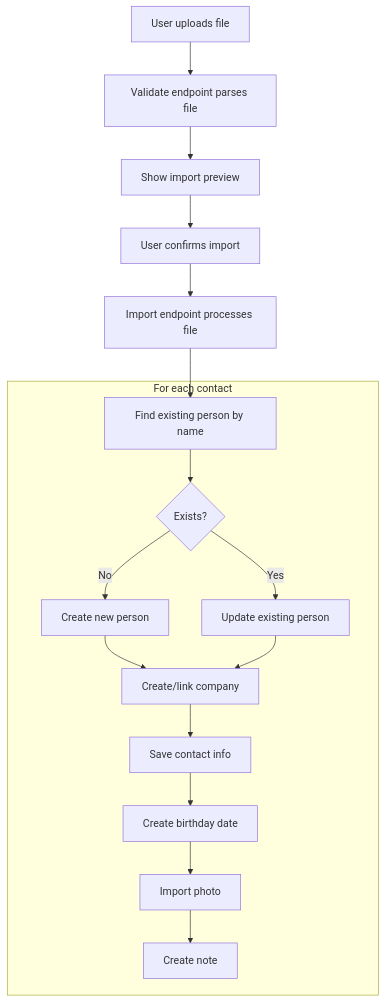
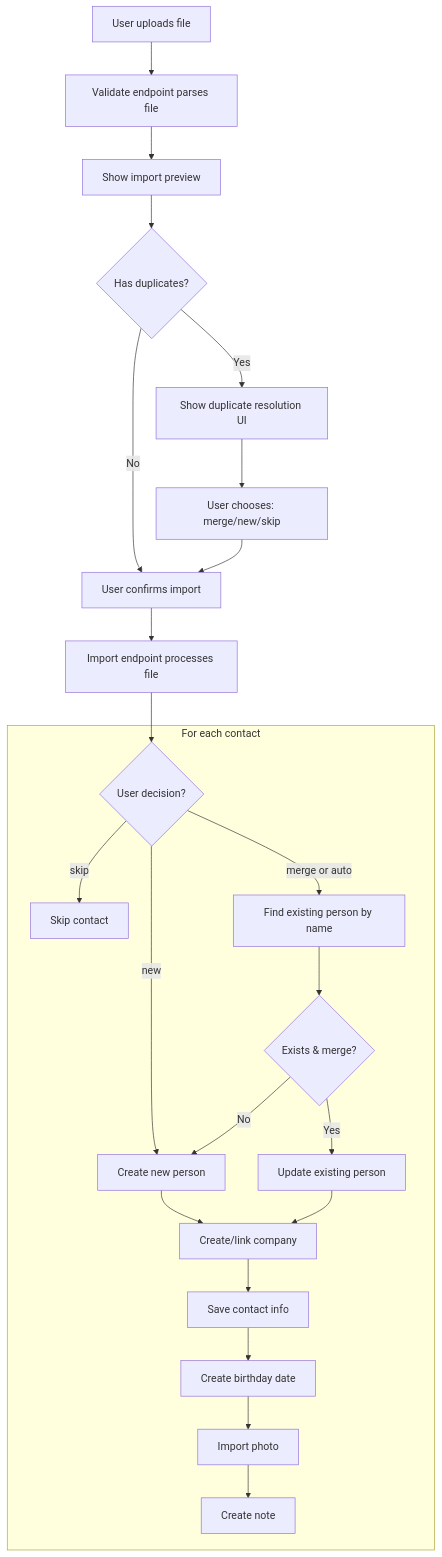
The diagram in docs/import.md (RondoHQ/rondo-club), drawn with Mermaid before and after one commit. The commit also changed other lines of this file and 11 other files, not shown here.

````diff
--- a/docs/import.md
+++ b/docs/import.md
@@ -169,35 +226,47 @@
 ```mermaid
 flowchart TD
     User[User uploads file]
     Validate[Validate endpoint parses file]
     Preview[Show import preview]
+    Duplicates{Has duplicates?}
+    DecisionUI[Show duplicate resolution UI]
+    UserDecides[User chooses: merge/new/skip]
     Confirm[User confirms import]
     Import[Import endpoint processes file]
     
     subgraph "For each contact"
+        CheckDecision{User decision?}
+        Skip[Skip contact]
         FindExisting[Find existing person by name]
-        CreateUpdate{Exists?}
+        CreateUpdate{Exists & merge?}
         Create[Create new person]
         Update[Update existing person]
         Company[Create/link company]
         ContactInfo[Save contact info]
         Birthday[Create birthday date]
         Photo[Import photo]
         Note[Create note]
     end
     
     User --> Validate
     Validate --> Preview
-    Preview --> Confirm
+    Preview --> Duplicates
+    Duplicates -->|Yes| DecisionUI
+    Duplicates -->|No| Confirm
+    DecisionUI --> UserDecides
+    UserDecides --> Confirm
     Confirm --> Import
-    Import --> FindExisting
+    Import --> CheckDecision
+    CheckDecision -->|skip| Skip
+    CheckDecision -->|new| Create
+    CheckDecision -->|merge or auto| FindExisting
     FindExisting --> CreateUpdate
     CreateUpdate -->|No| Create
     CreateUpdate -->|Yes| Update
     Create --> Company
     Update --> Company
     Company --> ContactInfo
     ContactInfo --> Birthday
     Birthday --> Photo
     Photo --> Note
 ```
````
